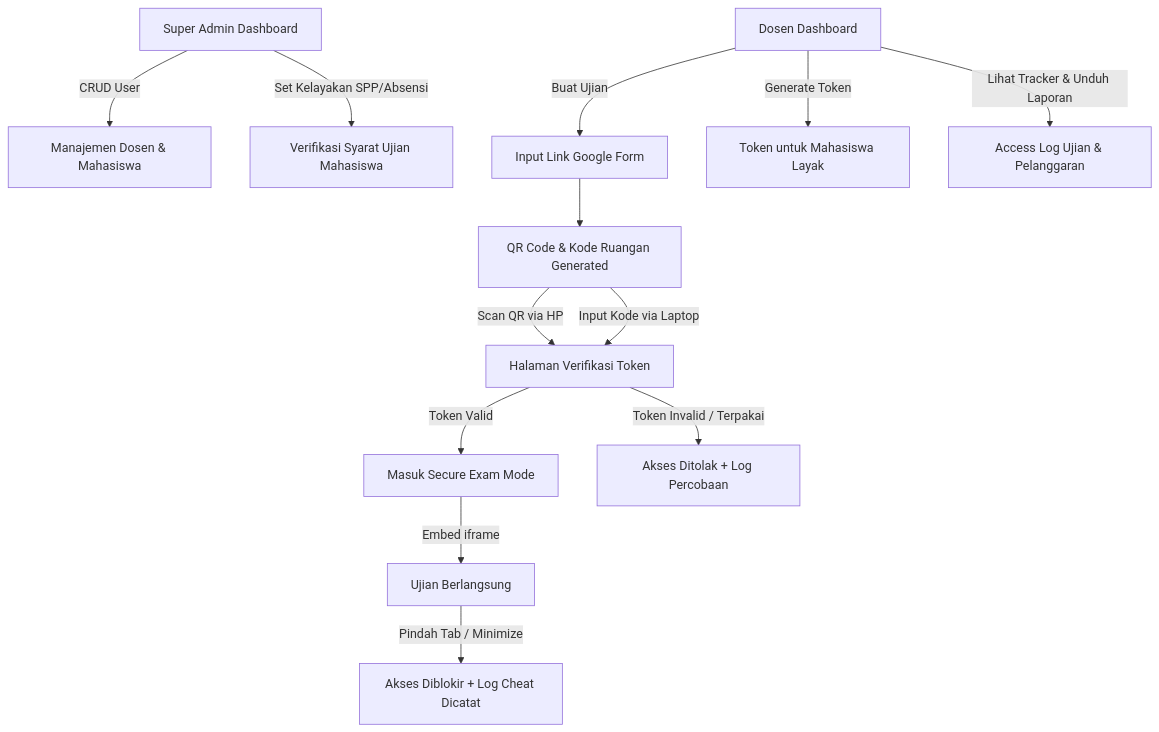
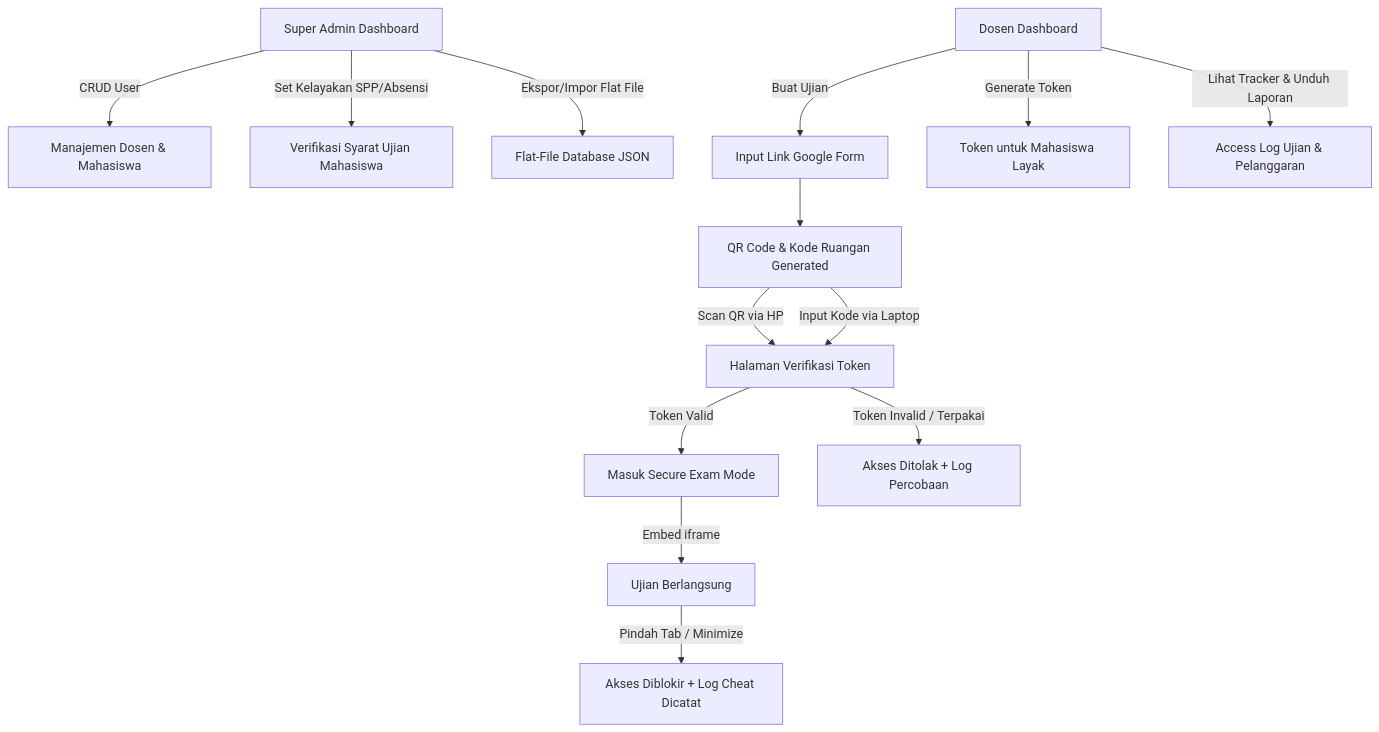
One commit to lightnet19/examraya changed the diagram in README.md. Above: the diagram before and after it, drawn with Mermaid. The commit also changed other lines of this file, not shown here.

Commit message:
docs: update README.md to document premium UI redesign and flat-file database

````diff
--- a/README.md
+++ b/README.md
@@ -20,17 +20,18 @@
 ```mermaid
 flowchart TD
     SA[Super Admin Dashboard] -->|CRUD User| U[Manajemen Dosen & Mahasiswa]
     SA -->|Set Kelayakan SPP/Absensi| E[Verifikasi Syarat Ujian Mahasiswa]
+    SA -->|Ekspor/Impor Flat File| SADB[Flat-File Database JSON]
     
     D[Dosen Dashboard] -->|Buat Ujian| B[Input Link Google Form]
     D -->|Generate Token| C[Token untuk Mahasiswa Layak]
     D -->|Lihat Tracker & Unduh Laporan| L[Access Log Ujian & Pelanggaran]
     
     B --> Q[QR Code & Kode Ruangan Generated]
     Q -->|Scan QR via HP| F[Halaman Verifikasi Token]
     Q -->|Input Kode via Laptop| F
     F -->|Token Valid| G[Masuk Secure Exam Mode]
     G -->|Embed iframe| G1[Ujian Berlangsung]
     G1 -->|Pindah Tab / Minimize| G2[Akses Diblokir + Log Cheat Dicatat]
     F -->|Token Invalid / Terpakai| H[Akses Ditolak + Log Percobaan]
 ```
````
